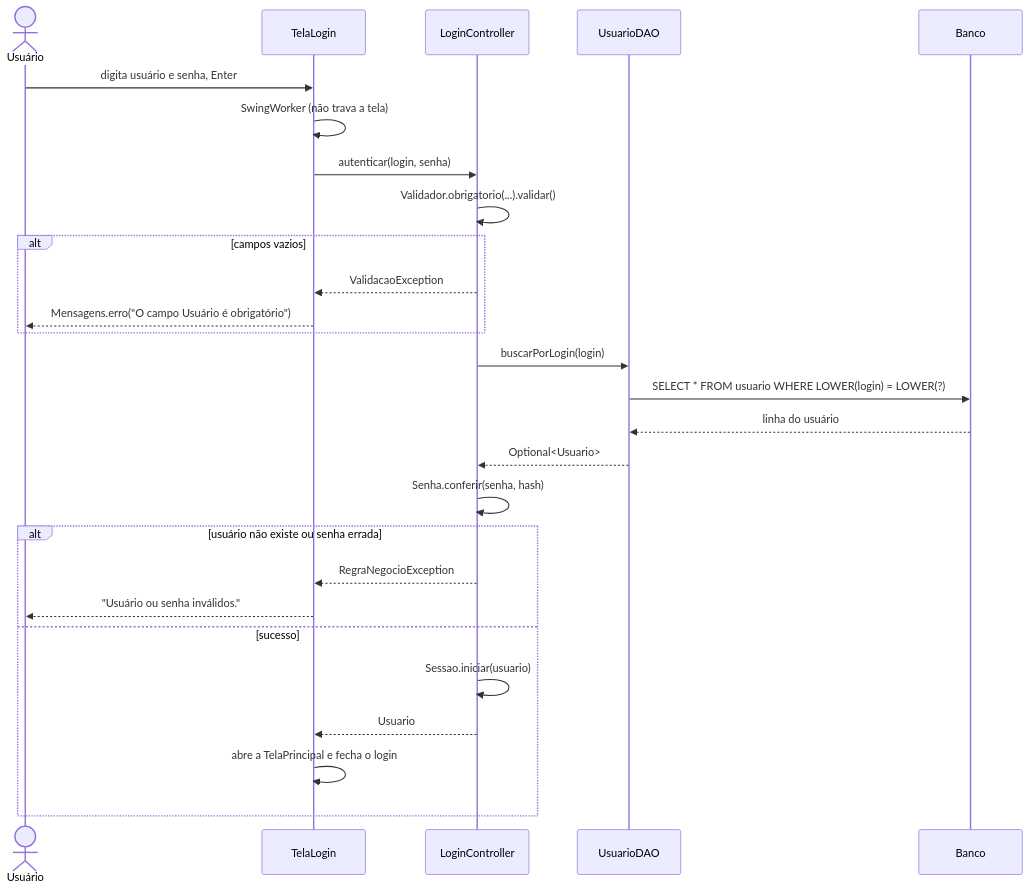
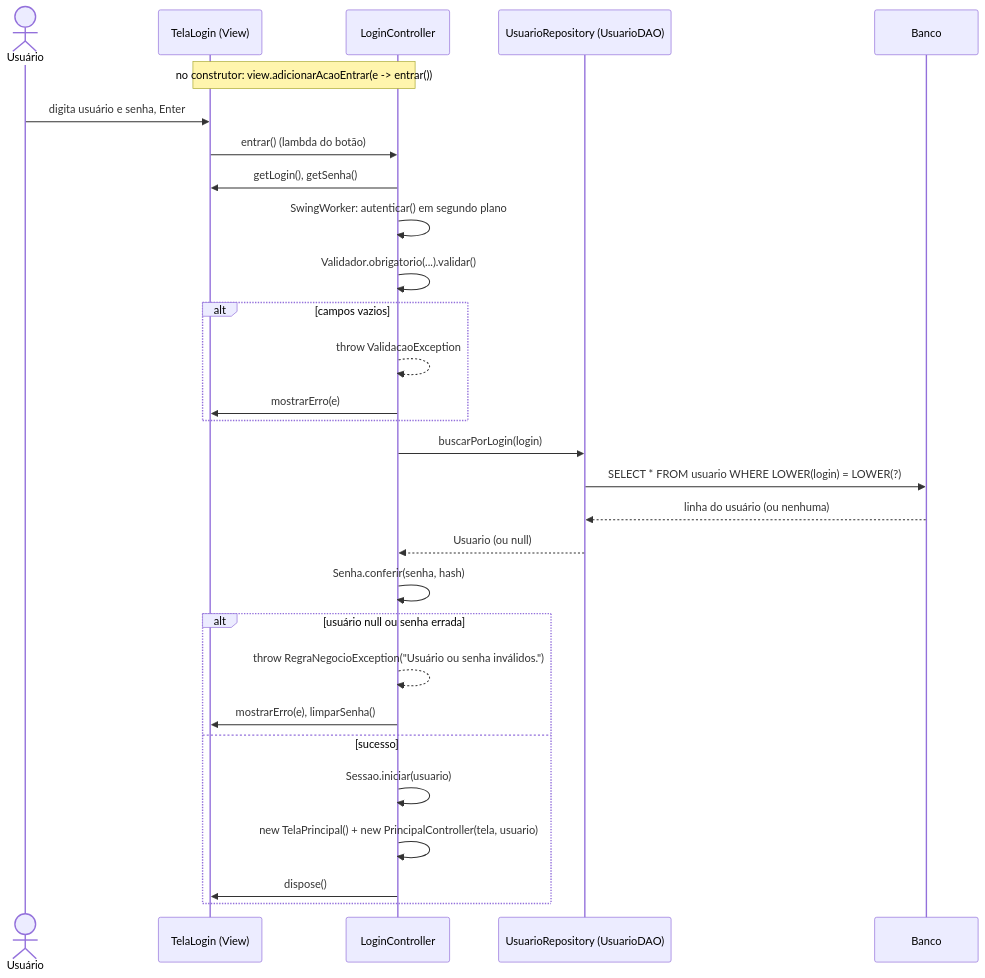
Before and after one commit to mheloisawitt/Athletiza: the first of 13 diagrams in docs/diagramas/sequencia.md, drawn with Mermaid. The commit also changed other lines of this file and 196 other files, not shown here.

````diff
--- a/docs/diagramas/sequencia.md
+++ b/docs/diagramas/sequencia.md
@@ -29,30 +36,32 @@
 ```mermaid
 sequenceDiagram
     actor U as Usuário
-    participant V as TelaLogin
+    participant V as TelaLogin (View)
     participant C as LoginController
-    participant D as UsuarioDAO
+    participant R as UsuarioRepository (UsuarioDAO)
     participant B as Banco
 
+    Note over C,V: no construtor: view.adicionarAcaoEntrar(e -> entrar())
     U->>V: digita usuário e senha, Enter
-    V->>V: SwingWorker (não trava a tela)
-    V->>C: autenticar(login, senha)
+    V->>C: entrar() (lambda do botão)
+    C->>V: getLogin(), getSenha()
+    C->>C: SwingWorker: autenticar() em segundo plano
     C->>C: Validador.obrigatorio(...).validar()
     alt campos vazios
-        C-->>V: ValidacaoException
-        V-->>U: Mensagens.erro("O campo Usuário é obrigatório")
+        C-->>C: throw ValidacaoException
+        C->>V: mostrarErro(e)
     end
-    C->>D: buscarPorLogin(login)
-    D->>B: SELECT * FROM usuario WHERE LOWER(login) = LOWER(?)
-    B-->>D: linha do usuário
-    D-->>C: Optional<Usuario>
+    C->>R: buscarPorLogin(login)
+    R->>B: SELECT * FROM usuario WHERE LOWER(login) = LOWER(?)
+    B-->>R: linha do usuário (ou nenhuma)
+    R-->>C: Usuario (ou null)
     C->>C: Senha.conferir(senha, hash)
-    alt usuário não existe ou senha errada
-        C-->>V: RegraNegocioException
-        V-->>U: "Usuário ou senha inválidos."
+    alt usuário null ou senha errada
+        C-->>C: throw RegraNegocioException("Usuário ou senha inválidos.")
+        C->>V: mostrarErro(e), limparSenha()
     else sucesso
         C->>C: Sessao.iniciar(usuario)
-        C-->>V: Usuario
-        V->>V: abre a TelaPrincipal e fecha o login
+        C->>C: new TelaPrincipal() + new PrincipalController(tela, usuario)
+        C->>V: dispose()
     end
 ```
````
